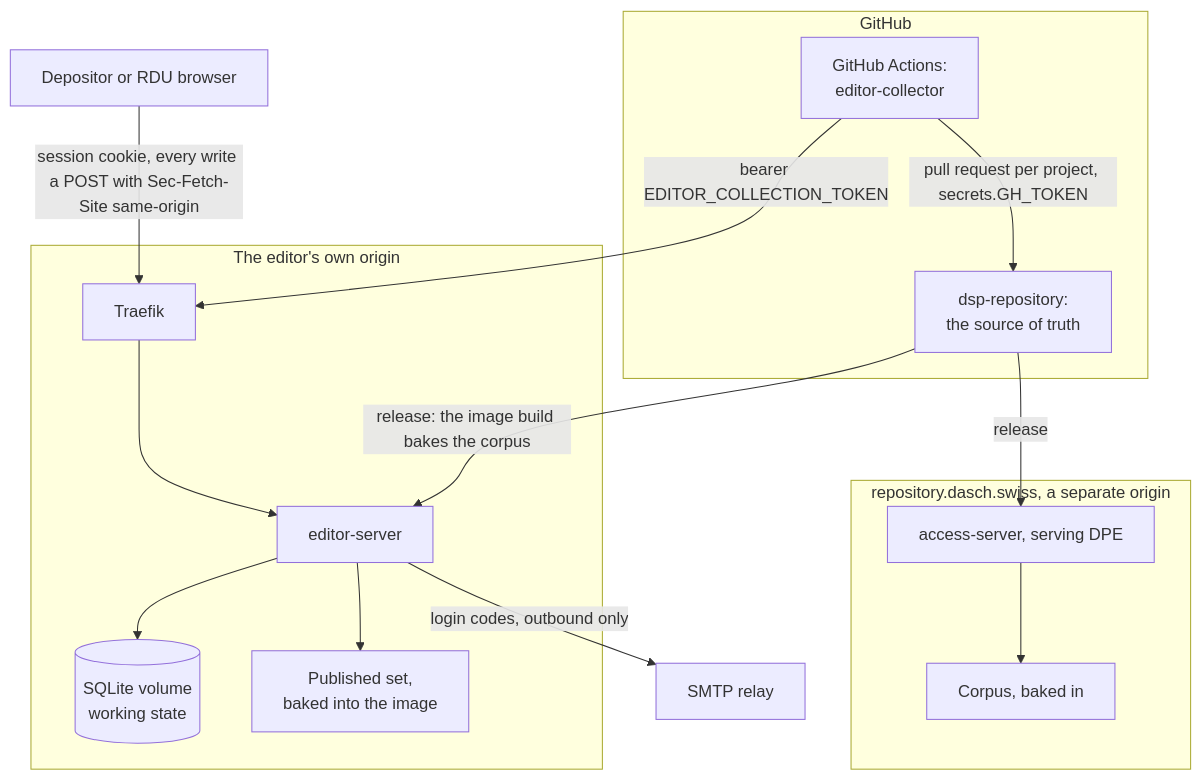
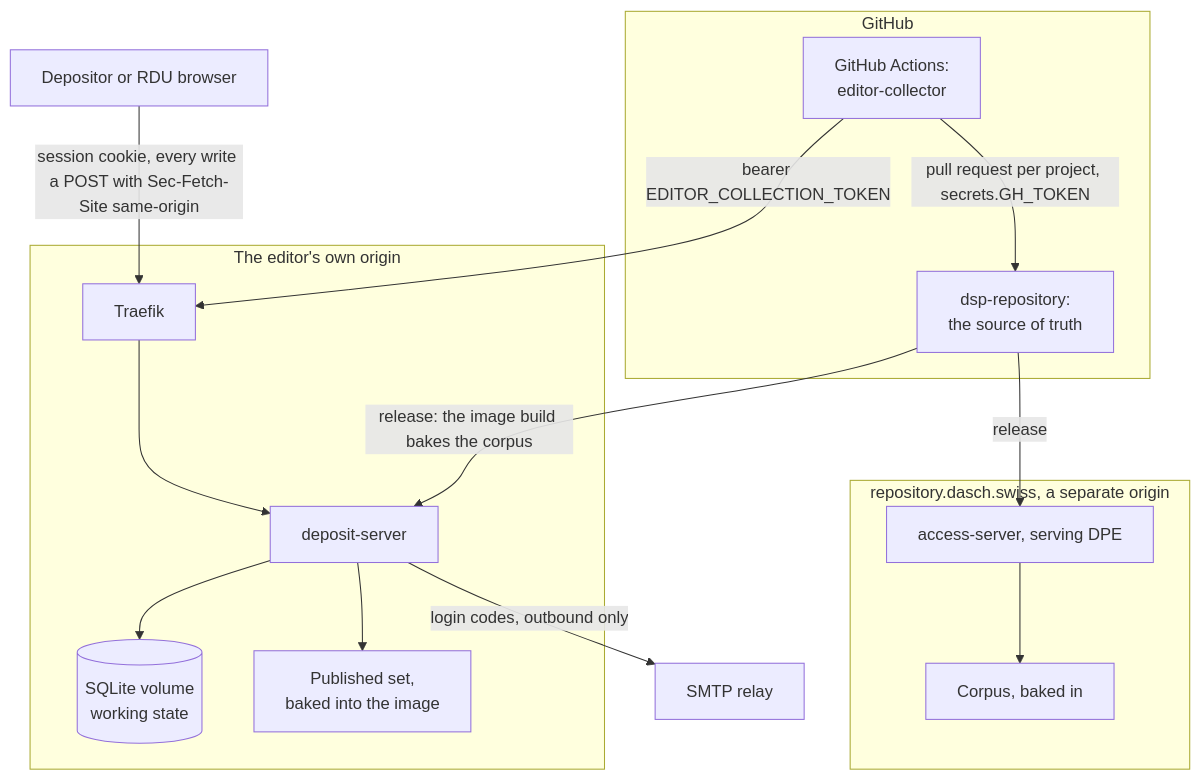
One commit to dasch-swiss/dsp-repository changed the second of 2 diagrams in docs/src/editor/architecture.md. Above: the diagram before and after it, drawn with Mermaid. The commit also changed other lines of this file and 69 other files, not shown here.

````diff
--- a/docs/src/editor/architecture.md
+++ b/docs/src/editor/architecture.md
@@ -56,23 +56,23 @@
 ```mermaid
 flowchart TB
   B[Depositor or RDU browser]
   subgraph EO[The editor's own origin]
-    T[Traefik] --> S[editor-server]
+    T[Traefik] --> S[deposit-server]
     S --> DB[(SQLite volume<br/>working state)]
     S --> PS[Published set,<br/>baked into the image]
   end
   subgraph DO[repository.dasch.swiss, a separate origin]
     DPE[access-server, serving DPE] --> Corpus[Corpus, baked in]
   end
   subgraph GH[GitHub]
     Repo[dsp-repository:<br/>the source of truth]
     Act[GitHub Actions:<br/>editor-collector]
   end
   SMTP[SMTP relay]
   B -->|session cookie, every write a POST with Sec-Fetch-Site same-origin| T
   S -->|login codes, outbound only| SMTP
   Act -->|bearer EDITOR_COLLECTION_TOKEN| T
   Act -->|pull request per project, secrets.GH_TOKEN| Repo
   Repo -->|release: the image build bakes the corpus| S
   Repo -->|release| DPE
 ```
````
